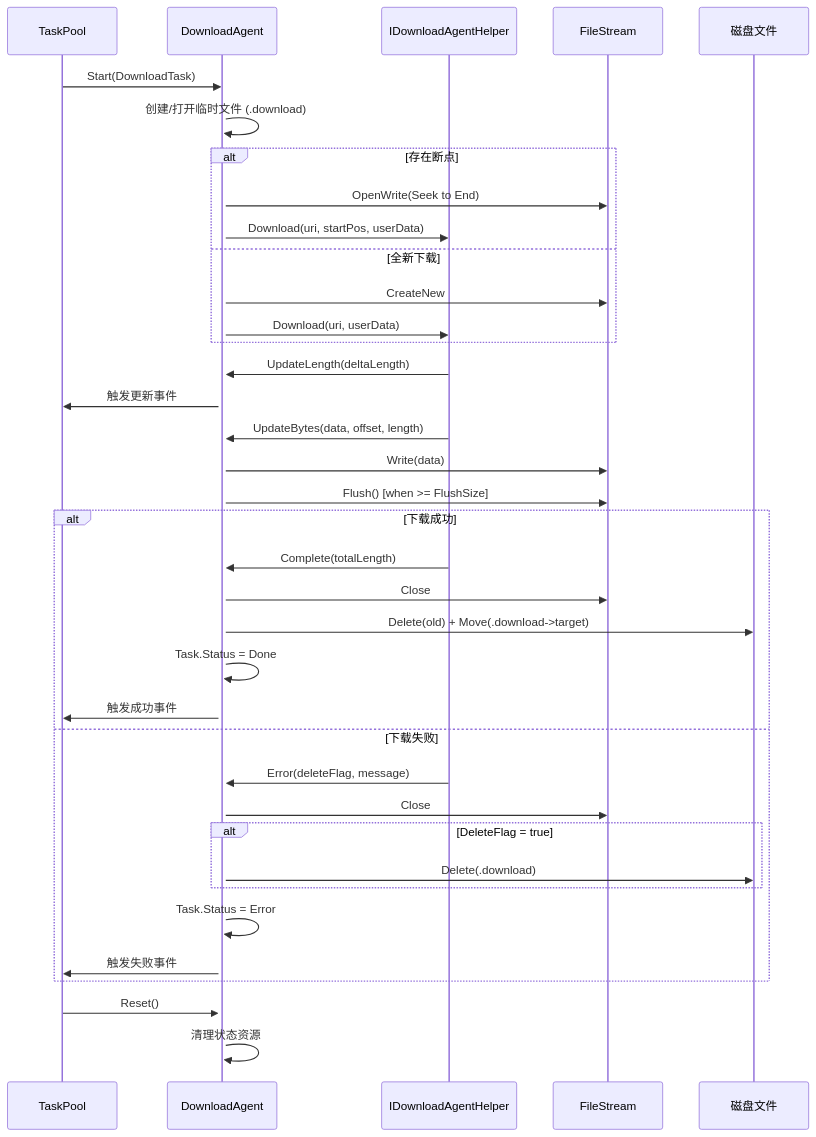
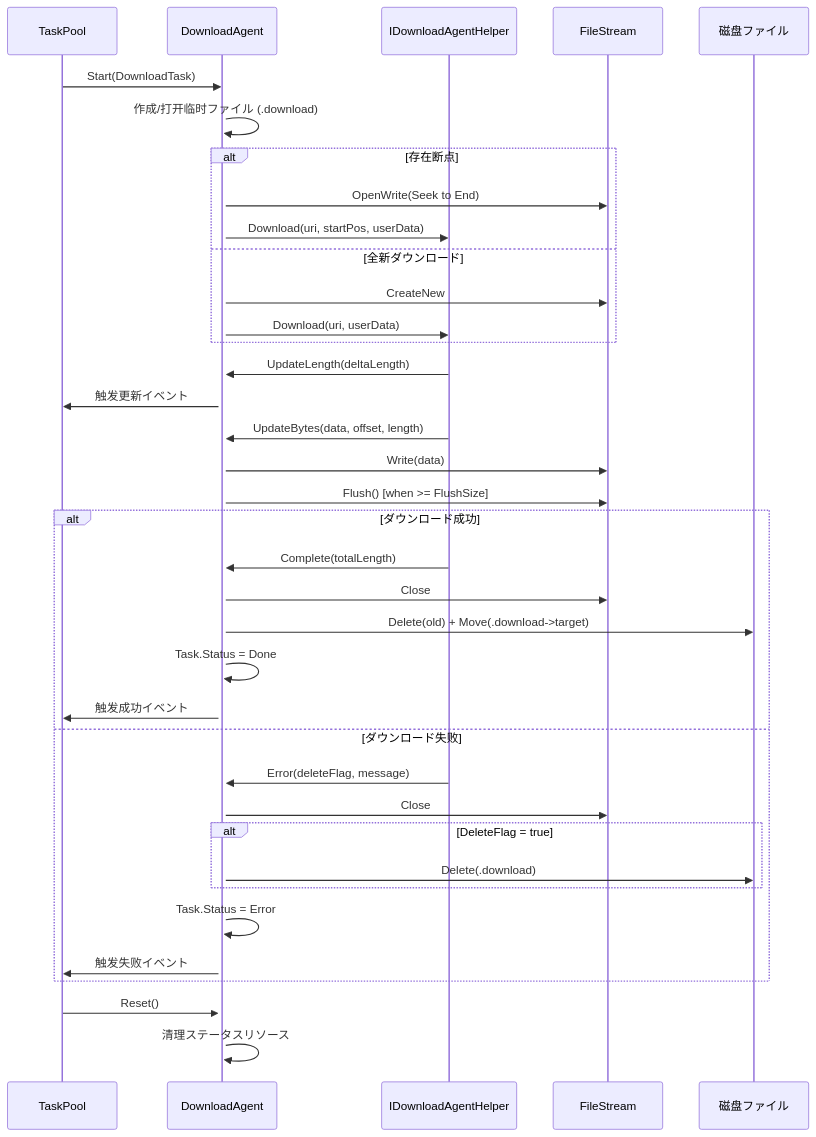
The second of 2 diagrams in docs/ja/client/unity/component/download/13.download-agent.md (AlianBlank/GameFrameX.Docs), drawn with Mermaid before and after one commit. The commit also changed other lines of this file and 603 other files, not shown here.

````diff
--- a/docs/ja/client/unity/component/download/13.download-agent.md
+++ b/docs/ja/client/unity/component/download/13.download-agent.md
@@ -108,46 +108,46 @@
 ```mermaid
 sequenceDiagram
     participant TM as TaskPool
     participant DA as DownloadAgent
     participant H as IDownloadAgentHelper
     participant FS as FileStream
-    participant Disk as 磁盘文件
+    participant Disk as 磁盘ファイル
 
     TM->>DA: Start(DownloadTask)
     activate DA
     
-    DA->>DA: 创建/打开临时文件 (.download)
+    DA->>DA: 作成/打开临时ファイル (.download)
     alt 存在断点
         DA->>FS: OpenWrite(Seek to End)
         DA->>H: Download(uri, startPos, userData)
-    else 全新下载
+    else 全新ダウンロード
         DA->>FS: CreateNew
         DA->>H: Download(uri, userData)
     end
     
     H->>DA: UpdateLength(deltaLength)
-    DA->>TM: 触发更新事件
+    DA->>TM: 触发更新イベント
     
     H->>DA: UpdateBytes(data, offset, length)
     DA->>FS: Write(data)
     DA->>FS: Flush() [when >= FlushSize]
     
-    alt 下载成功
+    alt ダウンロード成功
         H->>DA: Complete(totalLength)
         DA->>FS: Close
         DA->>Disk: Delete(old) + Move(.download->target)
         DA->>DA: Task.Status = Done
-        DA->>TM: 触发成功事件
-    else 下载失败
+        DA->>TM: 触发成功イベント
+    else ダウンロード失败
         H->>DA: Error(deleteFlag, message)
         DA->>FS: Close
         alt DeleteFlag = true
             DA->>Disk: Delete(.download)
         end
         DA->>DA: Task.Status = Error
-        DA->>TM: 触发失败事件
+        DA->>TM: 触发失败イベント
     end
     
     TM->>DA: Reset()
-    DA->>DA: 清理状态资源
+    DA->>DA: 清理ステータスリソース
 ```
````
